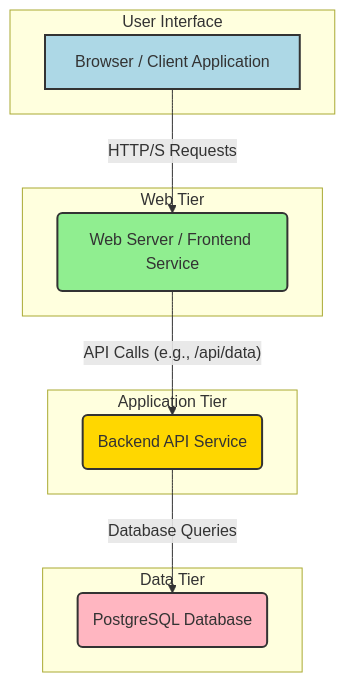
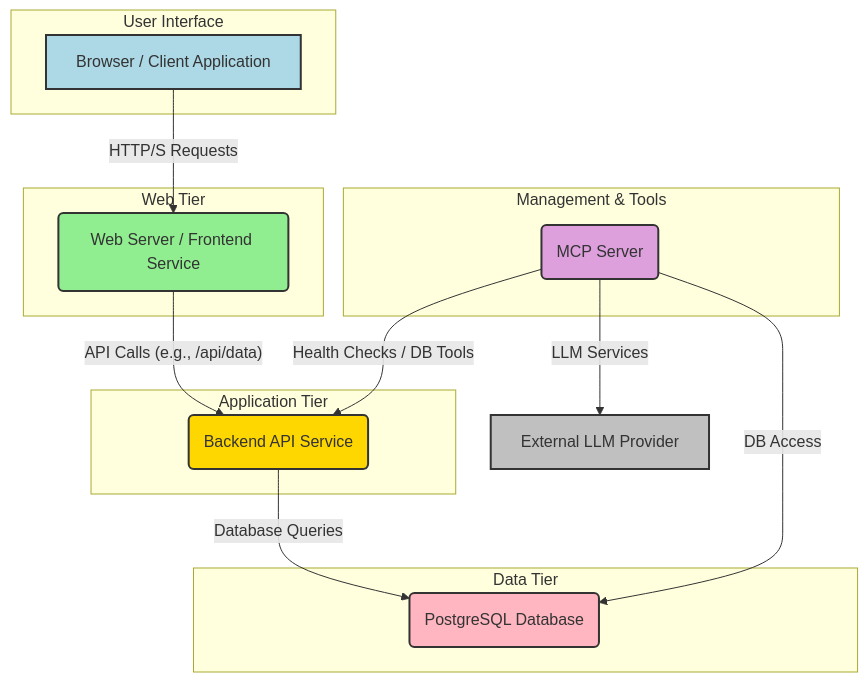
The first of 2 diagrams in README.md (SurajBhambhani/MySample), drawn with Mermaid before and after one commit. The commit also changed other lines of this file and 2 other files, not shown here.

Commit message:
Add frontend controls to trigger MCP-based text enhancement

````diff
--- a/README.md
+++ b/README.md
@@ -43,27 +43,37 @@
 ```mermaid
 graph TD
     subgraph "User Interface"
         A[Browser / Client Application]
     end
 
     subgraph "Web Tier"
         B(Web Server / Frontend Service)
     end
 
     subgraph "Application Tier"
         C(Backend API Service)
     end
 
     subgraph "Data Tier"
         D(PostgreSQL Database)
     end
 
+    subgraph "Management & Tools"
+        E(MCP Server)
+    end
+
     A -- "HTTP/S Requests" --> B
     B -- "API Calls (e.g., /api/data)" --> C
     C -- "Database Queries" --> D
+
+    E -- "Health Checks / DB Tools" --> C
+    E -- "DB Access" --> D
+    E -- "LLM Services" --> F[External LLM Provider]
 
     style A fill:#ADD8E6,stroke:#333,stroke-width:2px
     style B fill:#90EE90,stroke:#333,stroke-width:2px
     style C fill:#FFD700,stroke:#333,stroke-width:2px
     style D fill:#FFB6C1,stroke:#333,stroke-width:2px
+    style E fill:#DDA0DD,stroke:#333,stroke-width:2px
+    style F fill:#C0C0C0,stroke:#333,stroke-width:2px
 ```
````
